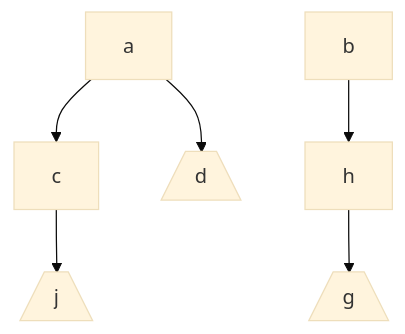
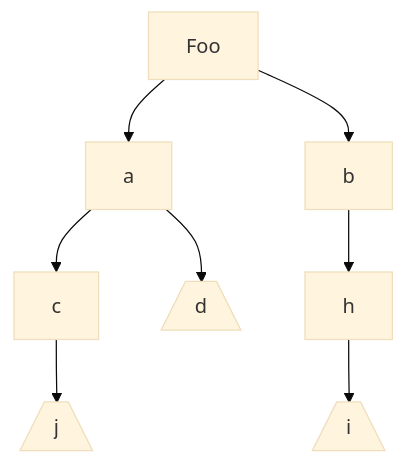
Before and after one commit to caente/mismatch: the second of 7 diagrams in docs/diffs.md, drawn with Mermaid (base theme). The commit also changed other lines of this file and 5 other files, not shown here.

````diff
--- a/docs/diffs.md
+++ b/docs/diffs.md
@@ -66,8 +71,9 @@
 ```mermaid
 graph TB
 a --> c --> e[/j\]
 a --> d[/d\]
-b --> h --> g[/g\]
-
+b --> h --> i[/i\]
+Foo --> a
+Foo --> b
     
 ```
````
